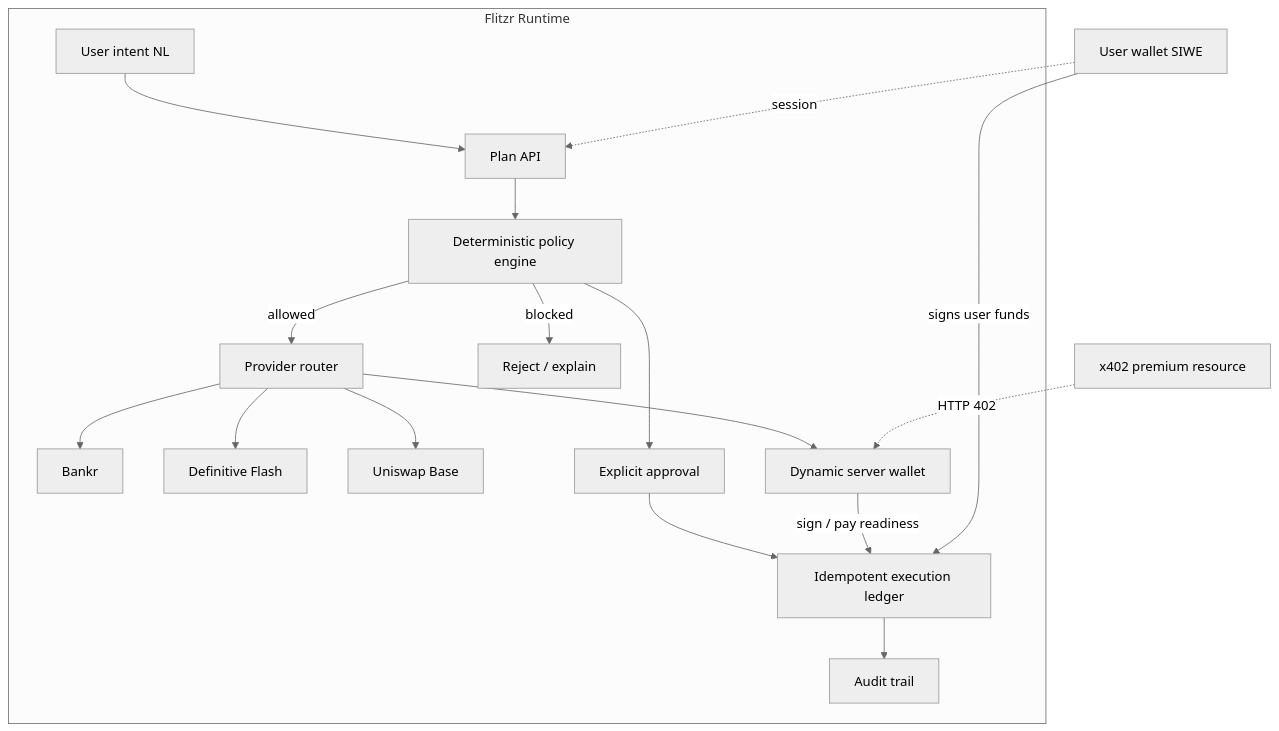
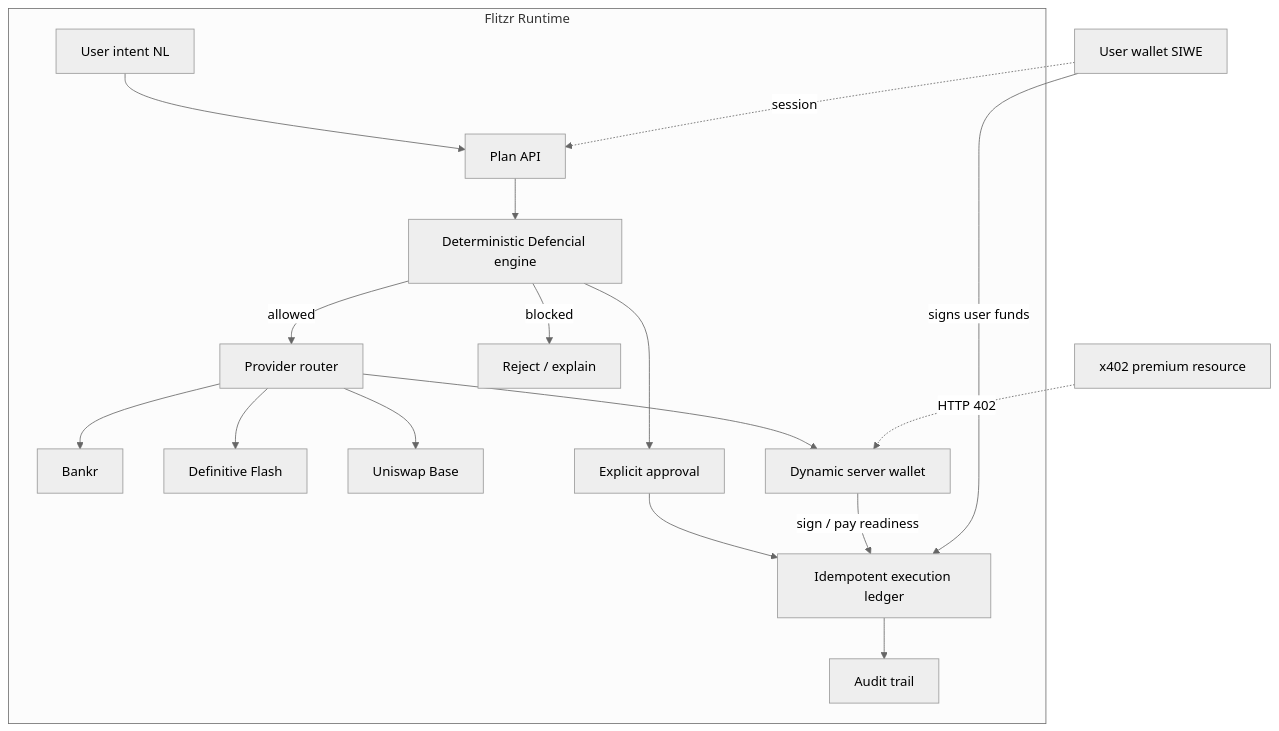
One commit to wadezigh96/Flitzr changed the diagram in README.md. Above: the diagram before and after it, drawn with Mermaid (neutral theme). The commit also changed other lines of this file, not shown here.

Commit message:
docs: rebrand Flitzr policy terminology to Defencial

````diff
--- a/README.md
+++ b/README.md
@@ -37,21 +37,21 @@
 ```mermaid
 flowchart TB
     subgraph Flitzr["Flitzr Runtime"]
         U[User intent NL] --> P[Plan API]
-        P --> POL[Deterministic policy engine]
+        P --> POL[Deterministic Defencial engine]
         POL -->|allowed| R[Provider router]
         POL -->|blocked| X[Reject / explain]
         R --> B[Bankr]
         R --> D[Definitive Flash]
         R --> UNI[Uniswap Base]
         R --> DYN[Dynamic server wallet]
         POL --> APP[Explicit approval]
         APP --> LED[Idempotent execution ledger]
         DYN -->|sign / pay readiness| LED
         LED --> AUD[Audit trail]
     end
 
     U2[User wallet SIWE] -.->|session| P
     U2 -->|signs user funds| LED
     X402[x402 premium resource] -.->|HTTP 402| DYN
 ```
````
